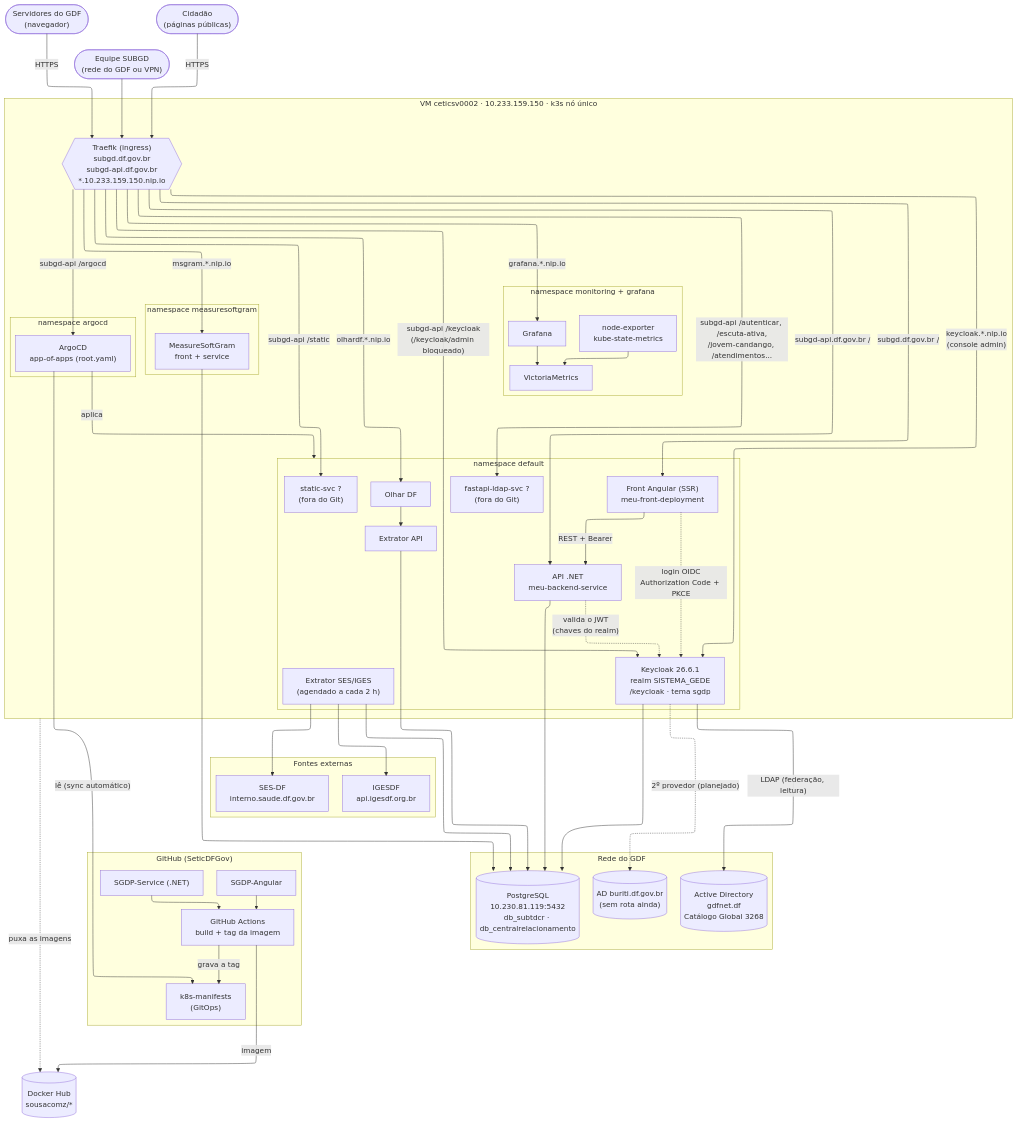
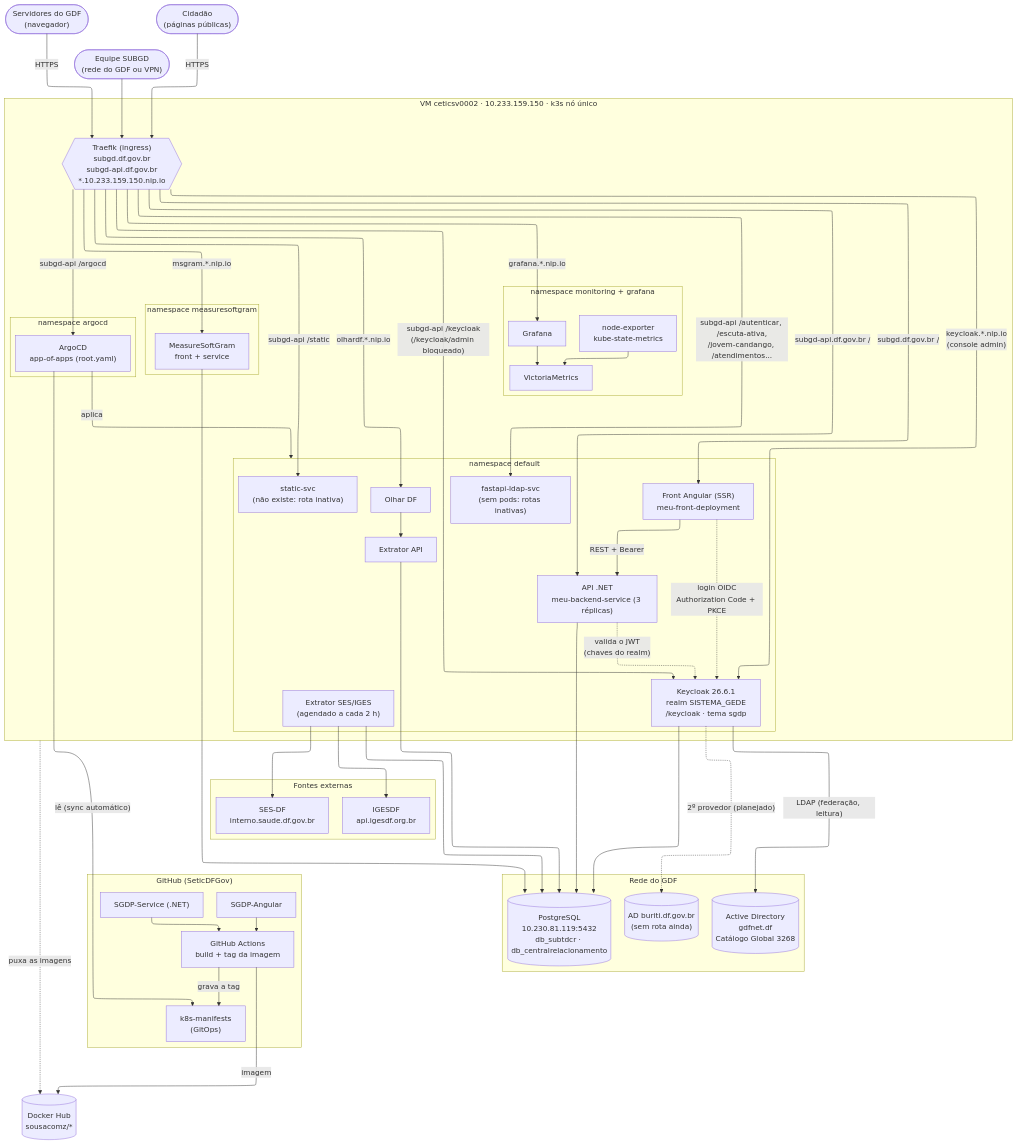
The first of 3 diagrams in docs/arquitetura.md (SeticDFGov/k8s-manifests), drawn with Mermaid before and after one commit. The commit also changed other lines of this file and 4 other files, not shown here.

First line of the commit message:
docs: sistema renomeado para GeDê; rotas inativas e LDAP do Grafana

```diff
--- a/docs/arquitetura.md
+++ b/docs/arquitetura.md
@@ -42,13 +44,13 @@
 
     subgraph ns_default["namespace default"]
       front["Front Angular (SSR)<br/>meu-front-deployment"]
-      back["API .NET<br/>meu-backend-service"]
+      back["API .NET<br/>meu-backend-service (3 réplicas)"]
       kc["Keycloak 26.6.1<br/>realm SISTEMA_GEDE<br/>/keycloak · tema sgdp"]
       olhar["Olhar DF"]
       extrator["Extrator SES/IGES<br/>(agendado a cada 2 h)"]
       extratorApi["Extrator API"]
-      fastapi["fastapi-ldap-svc ?<br/>(fora do Git)"]
-      static["static-svc ?<br/>(fora do Git)"]
+      fastapi["fastapi-ldap-svc<br/>(sem pods: rotas inativas)"]
+      static["static-svc<br/>(não existe: rota inativa)"]
     end
 
     subgraph ns_msgram["namespace measuresoftgram"]
```
